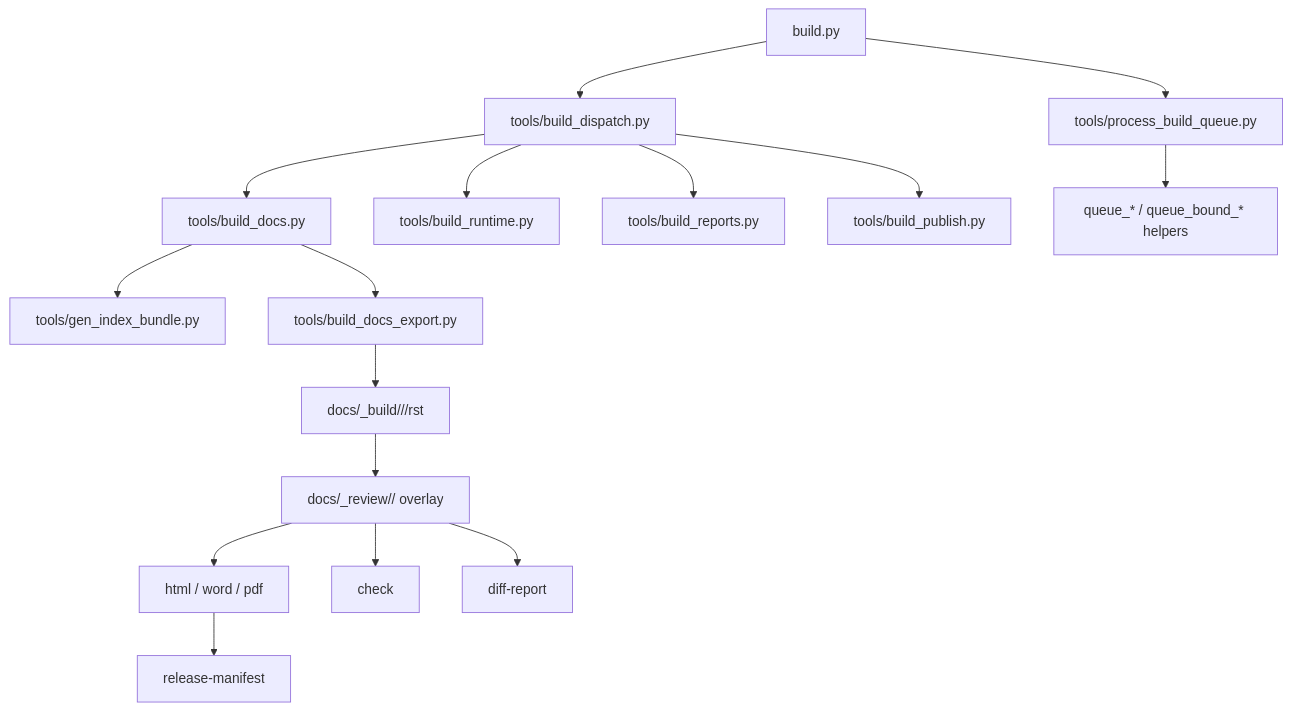
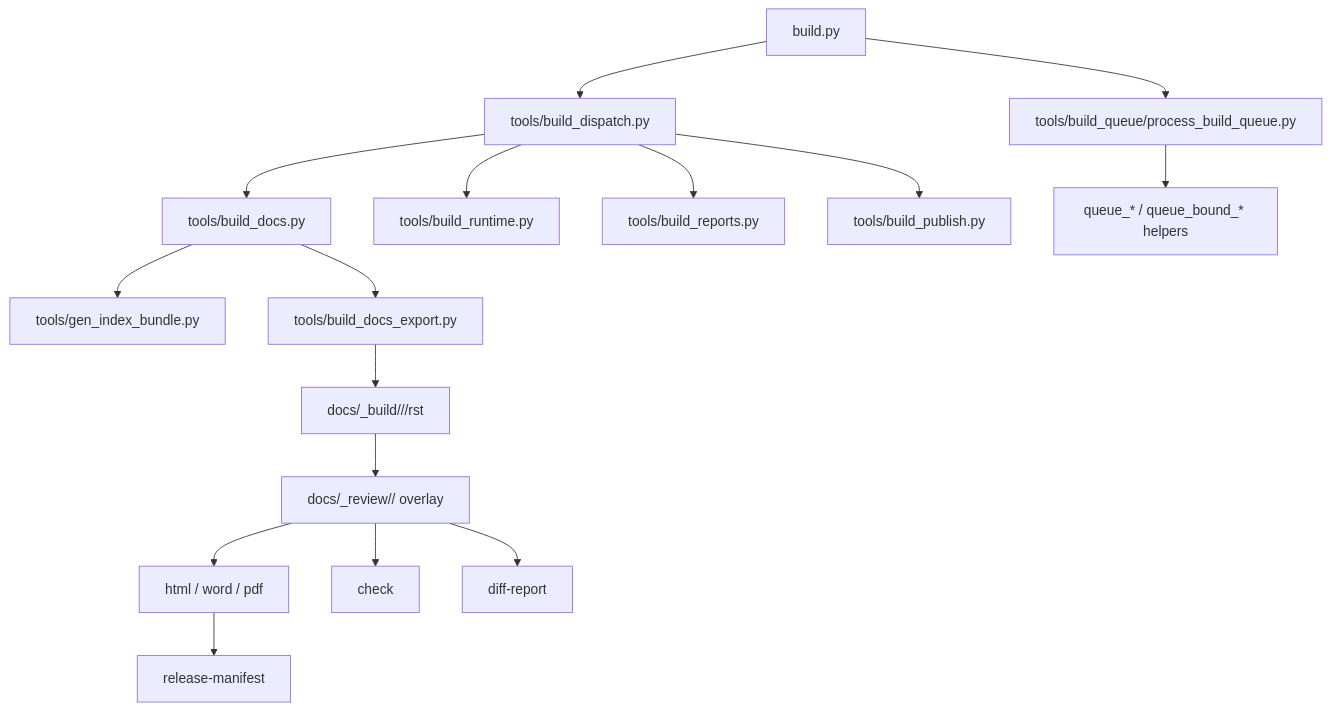
One commit to Bingboom/Hello-Docs changed the diagram in code-as-doc/architecture/Hello_Docs_Architecture.md. Above: the diagram before and after it, drawn with Mermaid. The commit also changed other lines of this file and 153 other files, not shown here.

````diff
--- a/code-as-doc/architecture/Hello_Docs_Architecture.md
+++ b/code-as-doc/architecture/Hello_Docs_Architecture.md
@@ -160,18 +160,18 @@
 ```mermaid
 flowchart TD
   A["build.py"] --> B["tools/build_dispatch.py"]
   B --> C["tools/build_docs.py"]
   B --> D["tools/build_runtime.py"]
   B --> E["tools/build_reports.py"]
   B --> F["tools/build_publish.py"]
   C --> G["tools/gen_index_bundle.py"]
   C --> H["tools/build_docs_export.py"]
   H --> I["docs/_build/<model>/<region>/rst"]
   I --> J["docs/_review/<model>/<region> overlay"]
   J --> K["html / word / pdf"]
   J --> L["check"]
   J --> M["diff-report"]
   K --> N["release-manifest"]
-  A --> O["tools/process_build_queue.py"]
+  A --> O["tools/build_queue/process_build_queue.py"]
   O --> P["queue_* / queue_bound_* helpers"]
 ```
````
